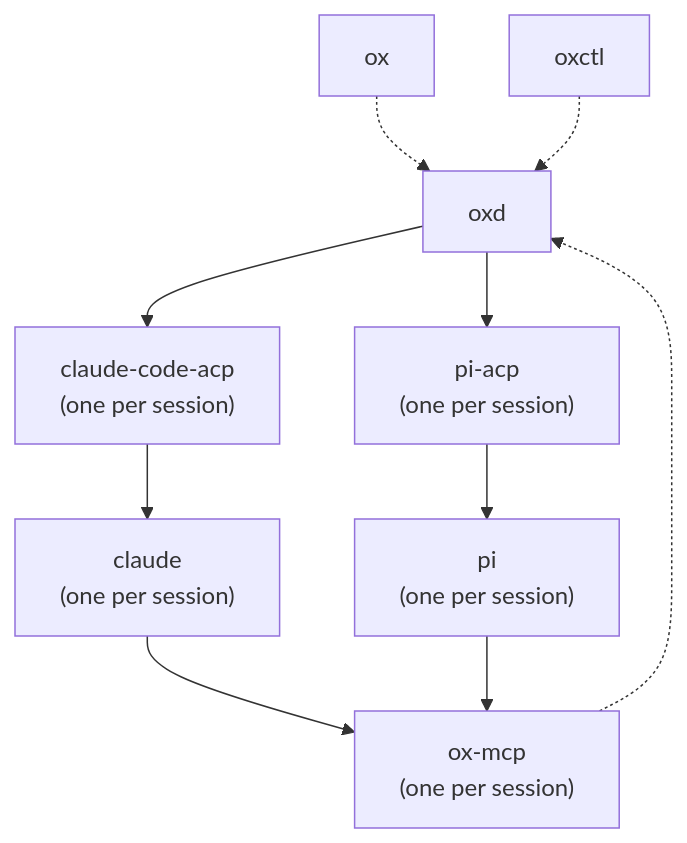
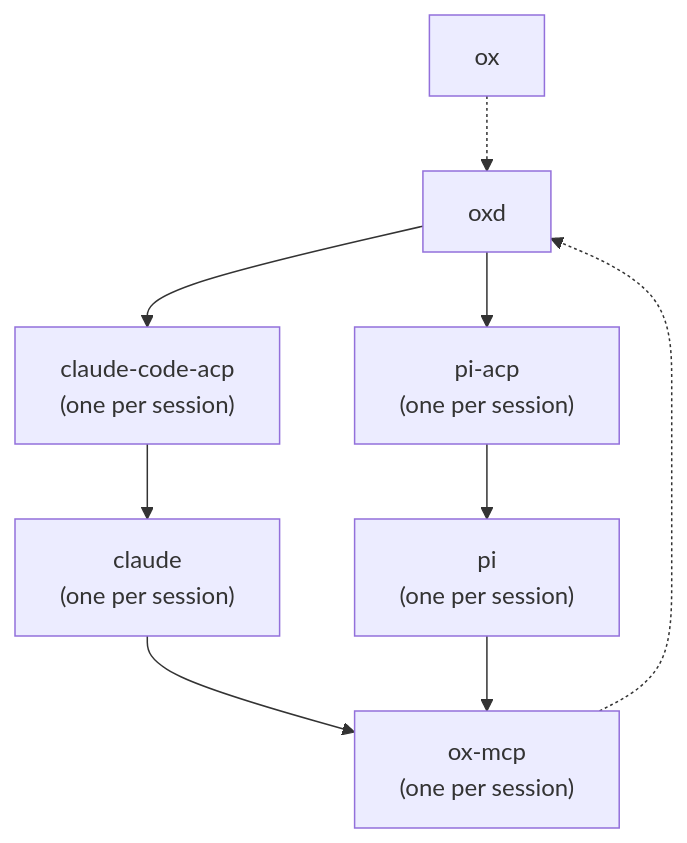
The diagram in docs/dev/architecture.md (kkestell/ox-hypercube2), drawn with Mermaid before and after one commit. The commit also changed other lines of this file and 21 other files, not shown here.

````diff
--- a/docs/dev/architecture.md
+++ b/docs/dev/architecture.md
@@ -11,21 +10,19 @@
 ```mermaid
 flowchart TB
     ox["ox"]
-    oxctl["oxctl"]
     oxd["oxd"]
     bridge["claude-code-acp<br/>(one per session)"]
     pibridge["pi-acp<br/>(one per session)"]
     pi["pi<br/>(one per session)"]
     claude["claude<br/>(one per session)"]
     oxmcp["ox-mcp<br/>(one per session)"]
 
     ox -.-> oxd
-    oxctl -.-> oxd
     oxd --> bridge
     oxd --> pibridge
     pibridge --> pi
     bridge --> claude
     claude --> oxmcp
     pi --> oxmcp
     oxmcp -.-> oxd
 ```
````
